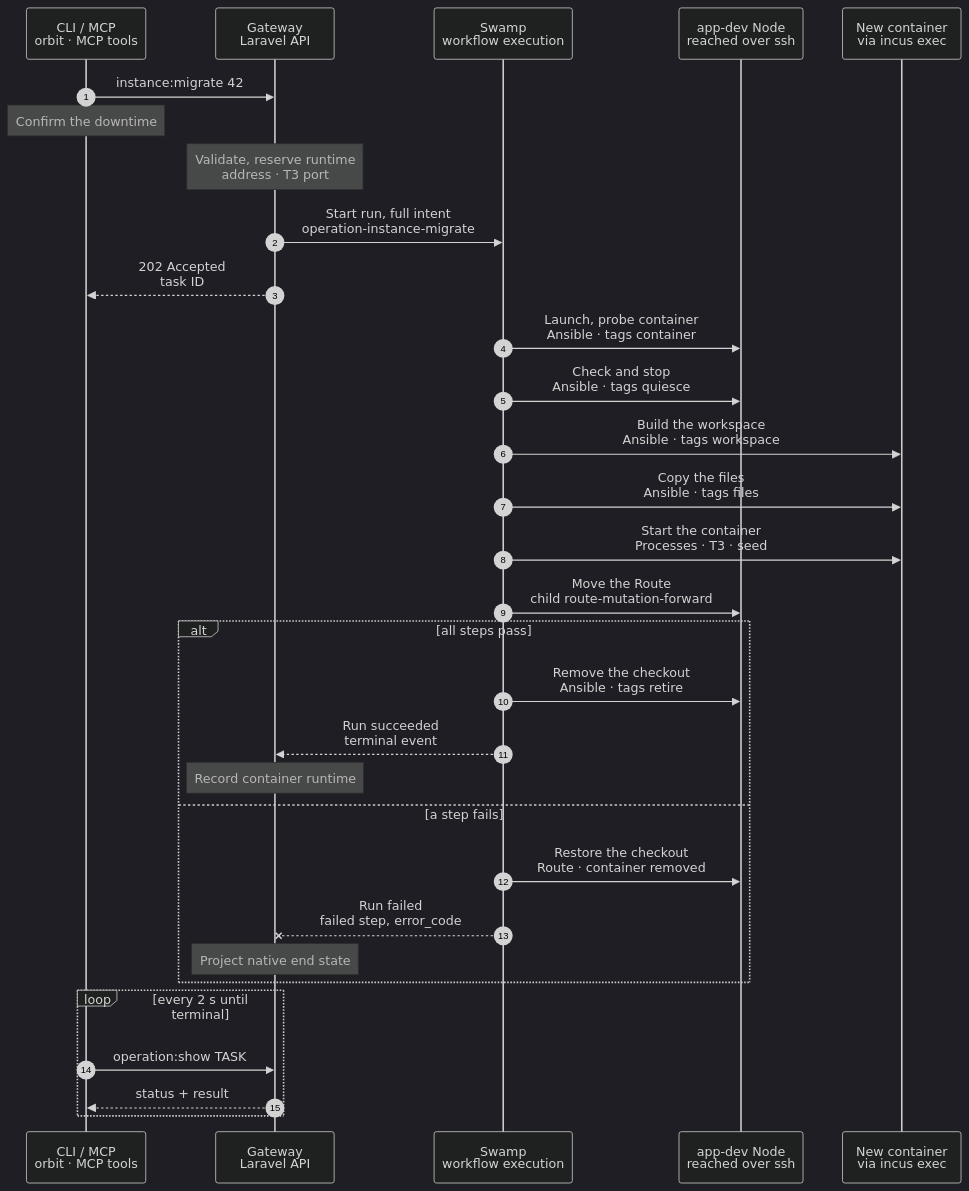
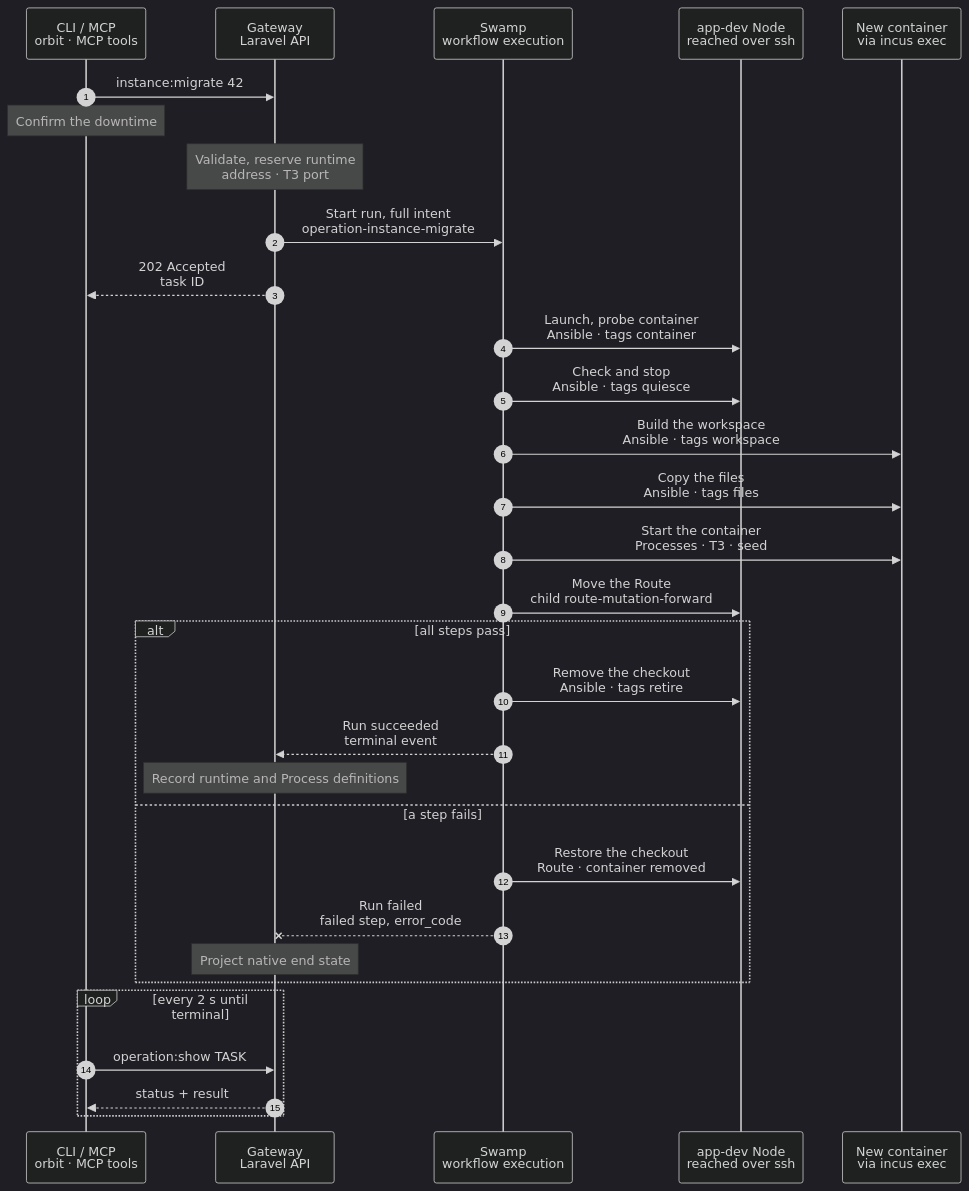
The diagram in docs/cli/instance/migrate.mmd (hardimpactdev/orbit), drawn with Mermaid (dark theme) before and after one commit. The commit also changed 5 other files, not shown here.

Commit message:
docs: define migrated Process definition capture

```diff
--- a/docs/cli/instance/migrate.mmd
+++ b/docs/cli/instance/migrate.mmd
@@ -1,123 +1,125 @@
 sequenceDiagram
   %% Container runtime (ADR 0250 step 8, docs/reference/development-containers.md#migrate-a-checkout-instance): one checkout Instance moves into a container, with its code. Its database stays where it is, and the container gets its own way to it. A default Instance moves before the other Instances of its Project, and keeps its checkout until its last worktree has moved. The command exists only until the last checkout Instance has moved (docs/reference/old-paths.md). The container steps are the phases of docs/cli/instance/container/create-default.mmd and create.mmd.
   %% status: draft
   %% command: instance:migrate
   %% kind: instance.migrate
   autonumber
   %% lane CLI icon=terminal pill=caller tone=gray
   %% lane GW icon=gateway pill=intent tone=blue
   %% lane SW icon=workflow pill=executes tone=green
   %% lane N icon=server pill=target tone=amber
   %% lane C icon=server pill=target tone=purple
   participant CLI as CLI / MCP<br/>orbit · MCP tools
   participant GW as Gateway<br/>Laravel API
   participant SW as Swamp<br/>workflow execution
   participant N as app-dev Node<br/>reached over ssh
   participant C as New container<br/>via incus exec
   CLI->>GW: instance:migrate 42
   %%> Command:
   %%> - `orbit instance:migrate INSTANCE`
   %%> - syntax: `<instance> [--force] [--idempotency-key=KEY] [--json]`
   Note over CLI: Confirm the downtime
   %%> What it asks:
   %%> - the Instance goes down during the move, and its old checkout moves to retention after it; `--force` answers yes
   Note over GW: Validate, reserve runtime<br/>address · T3 port
   %%> If it never starts:
   %%> - cancellation or admission expiry frees the new reservation and releases deferred Schedule fires under the Instance lock; an uncertain start keeps its reservation
   %%> Requirements:
   %%> - the Instance is an active checkout Instance on an `app-dev` Node of the build list, else `instance.migrate_unsupported`
   %%> - a non-default Instance needs its Project's default Instance in a container first, else `instance.default_not_migrated`
   %%> - the Instance has only ordinary systemd or supported `vp-dev` Processes, no unfinished deployment or Process operation/runtime cleanup and no Route beside its own; a non-default Instance needs Conn and the model router, as a clone does
   %%> - `vp-dev` keeps its identity, assigned port and desired state; unsupported preset versions, custom commands, external paths and recorded container port conflicts refuse before downtime, naming the Process and reason
   %%> - a web-serving Project names its PHP version; a missing version refuses with `project.source_defaults_incomplete`, naming `orbit project:update PROJECT --source-access=github_app` to record it from source
   %%> - a database on a Database server has an IPv4 address and a port, else `instance.database_clone_unsupported`
   %%> Result:
   %%> - the runtime reservation records its owning Operation; late receipts cannot change a newer owner
   %%> - the whole-run budget is 5,100 seconds; a lower-bound test includes declared child, restoration and cleanup timeouts
   %%> - maps only known host command locations, preserving opaque env/shell strings, and records each Process/from/to translation in the terminal receipt
   %%> - the runtime record is reserved: the next bridge address and, for a non-default Instance, the lowest free T3 port
   %%> - the checkout stays the Instance's runtime until the Route has moved; the Route's Node is held for the run
   %%> - the Instance takes no deployment and no wake while the run lasts
   %%> - a non-default Instance's placeholder model key goes to the vault
   GW->>SW: Start run, full intent<br/>operation-instance-migrate
   GW-->>CLI: 202 Accepted<br/>task ID
   SW->>N: Launch, probe container<br/>Ansible · tags container
   %%> What it does:
   %%> - before any Node change, checks the recorded branch and every planned retirement; a refusal leaves prior resources untouched
   %%> - checks checkout symlinks and dependency package links before creating the container, skipping `.git` and installed package contents; broken links or targets outside the checkout refuse with `instance.migrate_symlink_unsupported`, naming every path and target
   %%> - retirement preflight refuses unpushed local branches or detached HEAD and stashes, with their existing named errors; it reads local refs only
   %%> - checks service hosts in the checkout and nested app `.env` files before any probe or Node change; direct services require an exact endpoint from the shared container access plan; unsupported endpoints refuse with `instance.migrate_env_service_unreachable`, naming the file, key and host:port without credentials; unreadable syntax names only the file and line, and traversal/read failures name only the path
   %%> - deletes a container that an earlier failed move left, then creates and starts the new container through the shared container phase; discard leaves shared bridge endpoint rules for host reconciliation
   %%> - each attached target gets an exact TCP allow in both the bridge and NIC ACLs; both keep default reject. Endpoint adds reread on ETag conflict, at most five attempts with a one-second delay
   %%> - probes every attached target from inside the container before downtime, else `instance.database_unreachable`
   %%> - checks mapped Process executables inside the container, then repeats before quiesce; unavailable paths report `instance.migrate_process_binary_unavailable` naming every Process and path, leaving the checkout serving
   %%> - fetches the branch from the checkout into the Node's mirror, including commits never pushed
   SW->>N: Check and stop<br/>Ansible · tags quiesce
   %%> What it does:
   %%> - repeats the branch and retirement checks
   %%> - checks every registered Node-timer Schedule and captures timer activation before stopping any writer; unsupported Schedules refuse with their name and reason
   %%> - repeats source symlink and environment checks before stopping any writer
   %%> - stops and disables host Schedule timers and Process units, then removes the awake marker
   %%> - records that quiesce began, so a failure before it never restarts host units or rewrites the awake marker
   SW->>C: Build the workspace<br/>Ansible · tags workspace
   %%> What it does:
   %%> - pushes the branch in as a bundle and checks it out in a standalone repository in `/srv/workspace`
   %%> - a non-default checkout is a linked worktree, so its `.git` is never copied
   SW->>C: Copy the files<br/>Ansible · tags files
   %%> What it does:
   %%> - copies every file that differs from the commit, every untracked file and every ignored file, `.env` among them
   %%> - removes the tracked files that the checkout deleted, and rewrites the checkout's path in `.env` to `/srv/workspace`
   %%> - checks the exact copied tree inside the container, maps old-checkout targets into the workspace and rewrites absolute internal links there; broken or external links fail with the same code before any Process starts, relative links keep their targets, and source links never change
   %%> - a non-default Instance gets the proxy device that publishes its T3 port
   SW->>C: Start the container<br/>Processes · T3 · seed
   %%> - container units use `network.target` and nonblocking starts; reads all moved desired-running Processes active with no pending job, waits 5 seconds once for the whole set, then requires each still active with the same positive MainPID and NRestarts; failure names the Process with `instance.migrate_processes_failed` and restores before cutover
   %%> What it does:
   %%> - starts FrankenPHP and the Instance's existing Processes as `orbit`, with the same ids and desired states; their environment files come through the vault
   %%> - writes the shared FrankenPHP Caddyfile and unit; only the Node's bridge peer with `X-Forwarded-Proto: https` sets PHP's HTTPS scheme, port and resolved client IP; other requests keep native values
   %%> - `vp-dev` uses the runtime folder’s `current/bin/vp`, workspace paths and its assigned port on `0.0.0.0`; only the Node can reach that port, and Caddy sends `/__orbit/vite` there
   %%> - a non-default Instance gets `/etc/orbit/instance`, the agent settings and its T3 server, registered as in create
   %%> - a default Instance gets its first `seed-<commit>` snapshot
   SW->>N: Move the Route<br/>child route-mutation-forward
   %%> What it does:
   %%> - points the Instance's Route at FrankenPHP in the container, and withdraws the checkout's PHP-FPM pool
   alt all steps pass
     SW->>N: Remove the checkout<br/>Ansible · tags retire
     %%> What it does:
     %%> - a due timer fire waits as a recorded Schedule Operation until migration terminal projection reopens admission; its context is rebuilt for the final runtime, on success or rollback
     %%> - every terminal transition settles deferred fires under the Instance lock; closed runtime admission explicitly fails them, including bound start failure and expiry; Schedule settlement preserves the migration result and late native recovery cannot replay a settled fire
     %%> - replaces only the moved Schedules’ checkout-dependent services with host triggers for container execution, keeps their UUID timers and calendars, and resumes each recorded desired state
     %%> - removes the old host Process units and their environment folders
     %%> - repeats the same retirement preflight as an early warning; a new blocker leaves the container serving and the checkout intact
     %%> - atomically moves each old checkout under `<checkout>.orbit-retired-git/<sha256 of original path>`; the retained root is beside the migrating Instance's checkout
     %%> - keeps the whole tree, including Git objects, refs, reflogs, `.git/modules` and nested repositories; a late worktree cannot lose its Git metadata to retirement
     %%> - records `retained_git_path` and `retained_git_at` on the Instance; `instance:show` and the Instance API expose them
     %%> - writes the awake marker; a default's checkout stays until its last worktree has moved; retirement never deletes or prunes Git metadata
     %%> If it fails:
     %%> - the container stays the Instance; the run fails with `instance.migrate_retire_failed`, and the source or retained checkout stays on the Node
     SW-->>GW: Run succeeded<br/>terminal event
-    Note over GW: Record container runtime
+    Note over GW: Record runtime and Process definitions
     %%> Result:
     %%> - the Instance's workspace is the container's; the runtime runs, a default's row holds its seed commit
+    %%> - the same transaction captures each direct moved Process as a Project development definition and links its existing row; commands use runtime names, and a same-name incompatible definition refuses instead of overwriting
+    %%> - proven cutover captures definitions even if retirement failed; preflight failures and restored checkout outcomes capture nothing
     %%> - a SQLite file moved with the files, so its connection record goes; stored `.env` values follow the new path
     %%> - the Conn layer records a non-default Instance's T3 server from the result
   else a step fails
     SW->>N: Restore the checkout<br/>Route · container removed
     %%> What it does:
     %%> - puts the Route back on the checkout when the run had moved it
     %%> - deletes the new container, its ACL, its firewall rules and its mirror
     %%> - restores host Process units and the awake marker only when quiesce began; an unreachable target causes zero downtime
     %%> - restores host Schedule timers to their captured activation states; their unit files stay unchanged before cutover
     %%> - the checkout and database remain in place
     SW--xGW: Run failed<br/>failed step, error_code
     Note over GW: Project native end state
     %%> - showing the Operation or admitting the next migrate settles native moved/restored/ready after expiry; a restored runtime reservation is removed only while this Operation owns it
     %%> - an independent phase failure keeps its code; deadline abort stays failed/`operation.timed_out`, user abort stays cancelled
     %%> - a native finish supplies step statuses and times, even when no events streamed
     %%> Retry:
     %%> - run the same command again; it starts with a new container
     %%> - a restore that failed keeps the reserved record and its address, and names the failed step
   end
   loop every 2 s until terminal
     CLI->>GW: operation:show TASK
     GW-->>CLI: status + result
   end
```
